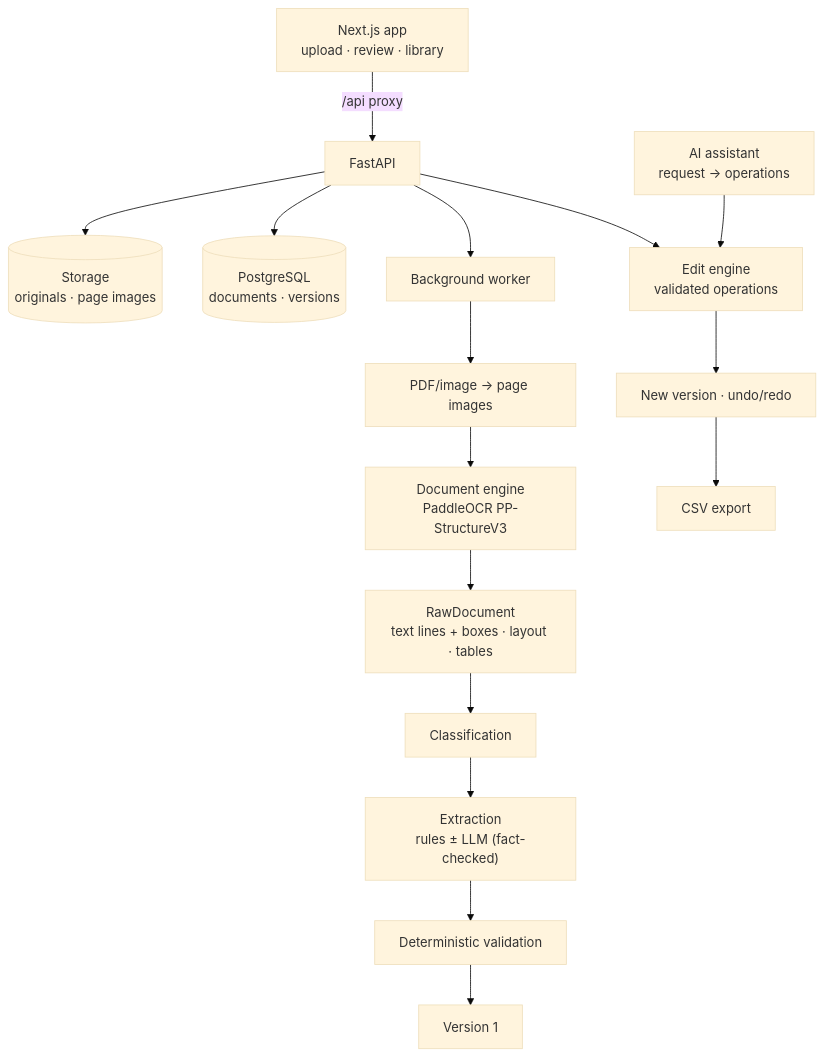
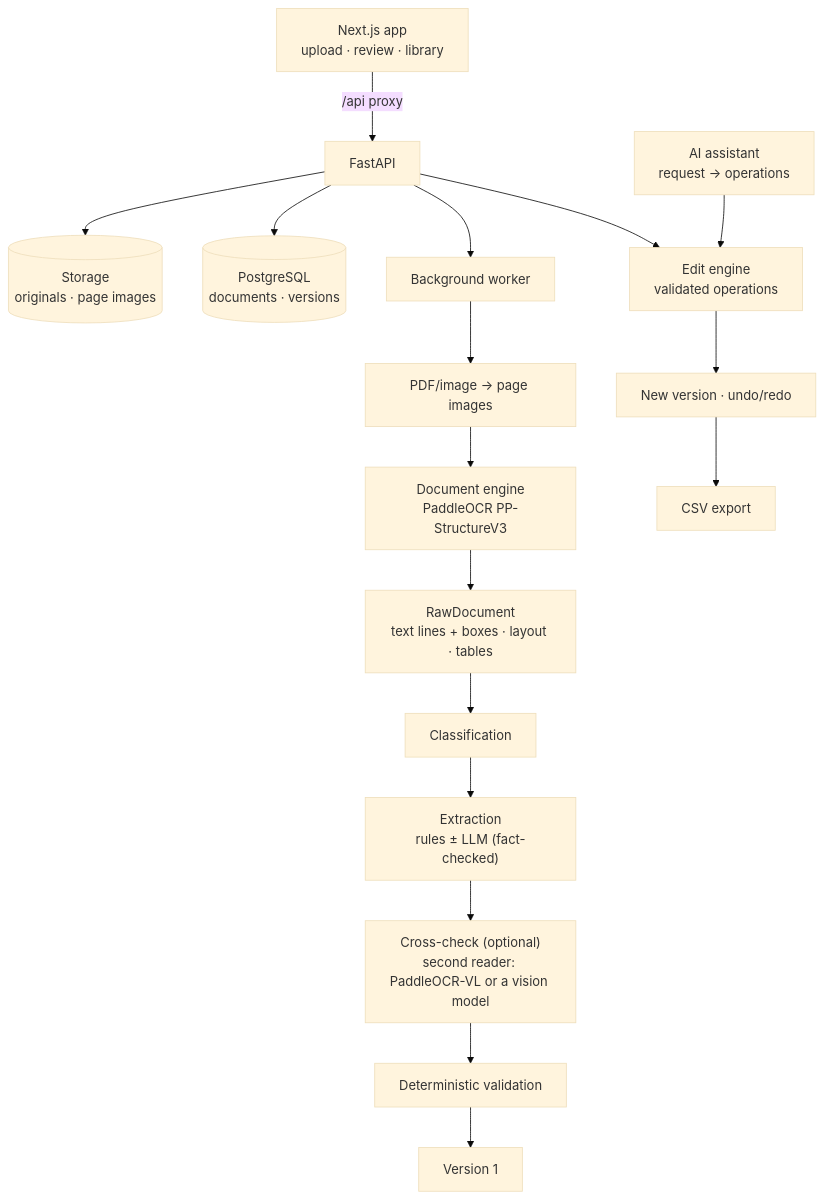
One commit to smsolutionsva-byte/DocuMouse changed the diagram in README.md. Above: the diagram before and after it, drawn with Mermaid (base theme). The commit also changed other lines of this file and 1 other file, not shown here.

First line of the commit message:
Document the second reader; count right suggestions in the SROIE scorer

````diff
--- a/README.md
+++ b/README.md
@@ -55,18 +55,19 @@
 ```mermaid
 flowchart TD
     UI["Next.js app<br/>upload · review · library"] -->|/api proxy| API[FastAPI]
     API --> Store[(Storage<br/>originals · page images)]
     API --> DB[(PostgreSQL<br/>documents · versions)]
     API --> Q[Background worker]
     Q --> Pages[PDF/image → page images]
     Pages --> Engine["Document engine<br/>PaddleOCR PP-StructureV3"]
     Engine --> Raw["RawDocument<br/>text lines + boxes · layout · tables"]
     Raw --> Classify[Classification]
     Classify --> Extract["Extraction<br/>rules ± LLM (fact-checked)"]
-    Extract --> Validate[Deterministic validation]
+    Extract --> Cross["Cross-check (optional)<br/>second reader: PaddleOCR-VL or a vision model"]
+    Cross --> Validate[Deterministic validation]
     Validate --> V1[Version 1]
     API --> Edit["Edit engine<br/>validated operations"]
     Assistant["AI assistant<br/>request → operations"] --> Edit
     Edit --> Versions[New version · undo/redo]
     Versions --> Export[CSV export]
 ```
````
